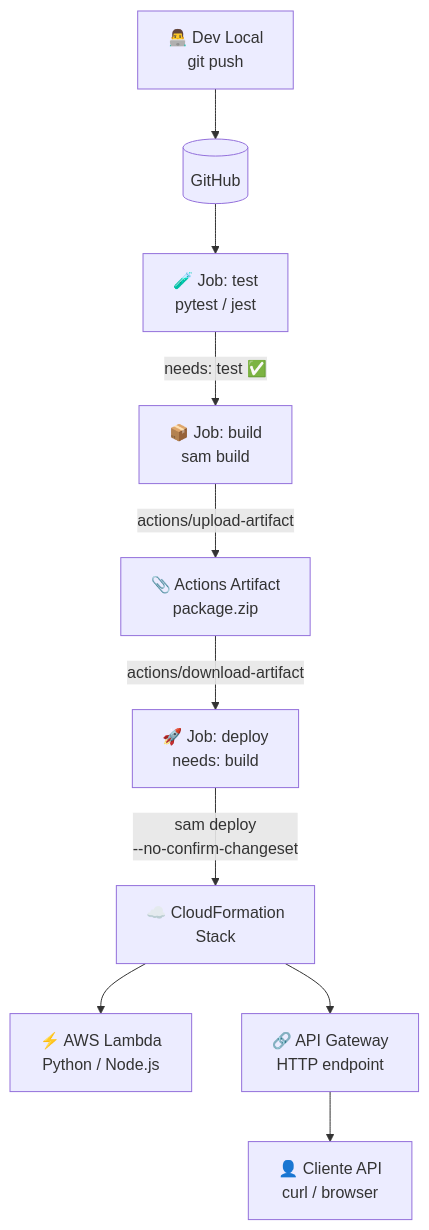
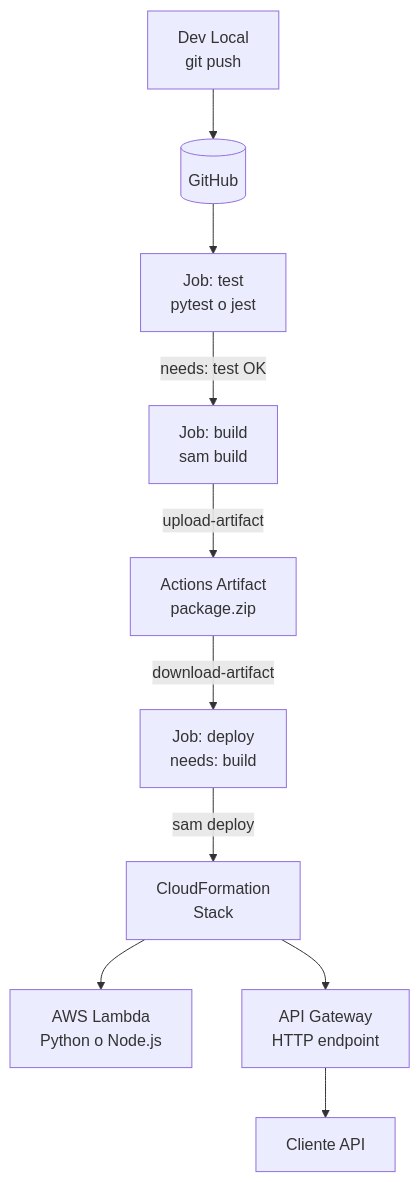
One commit to vladimiracunadev-create/proyectos-aws changed the diagram in caso-05-lambda-api-gateway/README.md. Above: the diagram before and after it, drawn with Mermaid. The commit also changed 13 other files, not shown here.

First line of the commit message:
fix: corregir diagramas Mermaid + crear AWS_PASO_A_PASO para casos 01 y 02

````diff
--- a/caso-05-lambda-api-gateway/README.md
+++ b/caso-05-lambda-api-gateway/README.md
@@ -38,15 +38,15 @@
 ```mermaid
 flowchart TB
-    DEV[👨‍💻 Dev Local\ngit push] --> GH[(GitHub)]
+    DEV[Dev Local\ngit push] --> GH[(GitHub)]
 
-    GH --> J1[🧪 Job: test\npytest / jest]
-    J1 -->|needs: test ✅| J2[📦 Job: build\nsam build]
-    J2 -->|actions/upload-artifact| ART[📎 Actions Artifact\npackage.zip]
-    ART -->|actions/download-artifact| J3[🚀 Job: deploy\nneeds: build]
+    GH --> J1[Job: test\npytest o jest]
+    J1 -->|needs: test OK| J2[Job: build\nsam build]
+    J2 -->|upload-artifact| ART[Actions Artifact\npackage.zip]
+    ART -->|download-artifact| J3[Job: deploy\nneeds: build]
 
-    J3 -->|sam deploy\n--no-confirm-changeset| CF[☁️ CloudFormation\nStack]
-    CF --> LAMBDA[⚡ AWS Lambda\nPython / Node.js]
-    CF --> APIGW[🔗 API Gateway\nHTTP endpoint]
+    J3 -->|sam deploy| CF[CloudFormation\nStack]
+    CF --> LAMBDA[AWS Lambda\nPython o Node.js]
+    CF --> APIGW[API Gateway\nHTTP endpoint]
 
-    APIGW --> CLIENT[👤 Cliente API\ncurl / browser]
+    APIGW --> CLIENT[Cliente API]
 ```
````
